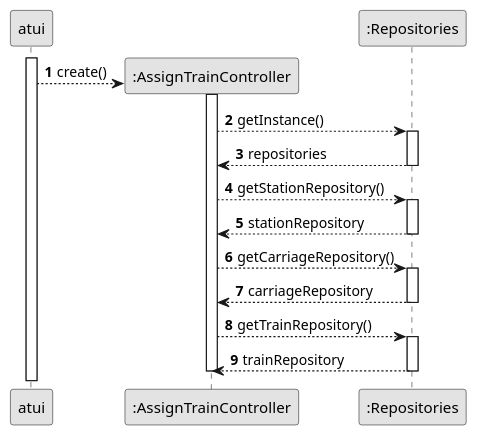
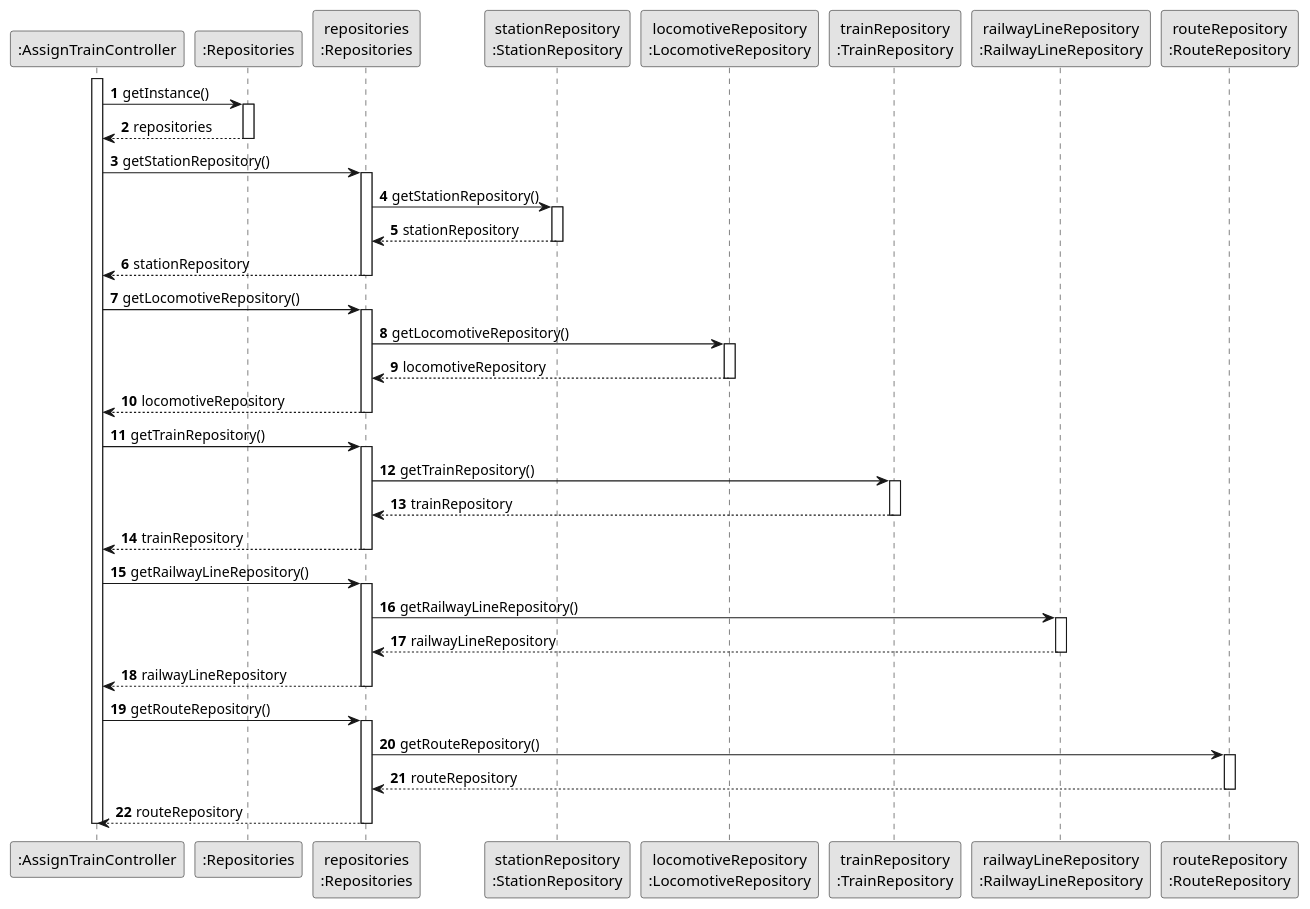
Before and after one commit to goncalolopesp/sem2-pi-24.25-g093-repo: the diagram in docs/system-documentation/US010/03.design/puml/US010-Partial-SD-repositories.puml, drawn with PlantUML. The commit also changed 7 other files, not shown here.

Commit message:
US010 (docs) - Updated the partial sequence diagrams

```diff
--- a/docs/system-documentation/US010/03.design/puml/US010-Partial-SD-repositories.puml
+++ b/docs/system-documentation/US010/03.design/puml/US010-Partial-SD-repositories.puml
@@ -1,41 +1,85 @@
 @startuml
 skinparam monochrome true
 skinparam packageStyle rectangle
 skinparam shadowing false
 
 autonumber
 
-activate atui
-
-create ":AssignTrainController" as atc
+participant ":AssignTrainController" as atc
+activate atc
 
 participant ":Repositories" as repositories
+participant "repositories\n:Repositories" as repo
+participant "stationRepository\n:StationRepository" as srepo
+participant "locomotiveRepository\n:LocomotiveRepository" as lrepo
+participant "trainRepository\n:TrainRepository" as trepo
+participant "railwayLineRepository\n:RailwayLineRepository" as rlrepo
+participant "routeRepository\n:RouteRepository" as rrepo
 
-atui --> atc : create()
-activate atc
-
-atc --> repositories : getInstance()
+atc -> repositories : getInstance()
 activate repositories
 
 repositories --> atc : repositories
 deactivate repositories
 
-atc --> repositories : getStationRepository()
-activate repositories
+atc -> repo : getStationRepository()
+activate repo
 
-repositories --> atc : stationRepository
-deactivate repositories
+repo -> srepo : getStationRepository()
+activate srepo
 
-atc --> repositories : getCarriageRepository()
-activate repositories
+srepo --> repo : stationRepository
+deactivate srepo
 
-repositories --> atc : carriageRepository
-deactivate repositories
+repo --> atc : stationRepository
+deactivate repo
 
-atc --> repositories : getTrainRepository()
-activate repositories
+atc -> repo : getLocomotiveRepository()
+activate repo
 
-repositories --> atc : trainRepository
-deactivate repositories
+repo -> lrepo : getLocomotiveRepository()
+activate lrepo
+
+lrepo --> repo : locomotiveRepository
+deactivate lrepo
+
+repo --> atc : locomotiveRepository
+deactivate repo
+
+atc -> repo : getTrainRepository()
+activate repo
+
+repo -> trepo : getTrainRepository()
+activate trepo
+
+trepo --> repo : trainRepository
+deactivate trepo
+
+repo --> atc : trainRepository
+deactivate repo
+
+atc -> repo : getRailwayLineRepository()
+activate repo
+
+repo -> rlrepo : getRailwayLineRepository()
+activate rlrepo
+
+rlrepo --> repo : railwayLineRepository
+deactivate rlrepo
+
+repo --> atc : railwayLineRepository
+deactivate repo
+
+atc -> repo : getRouteRepository()
+activate repo
+
+repo -> rrepo : getRouteRepository()
+activate rrepo
+
+rrepo --> repo : routeRepository
+deactivate rrepo
+
+repo --> atc : routeRepository
+deactivate repo
 deactivate atc
 @enduml
```
